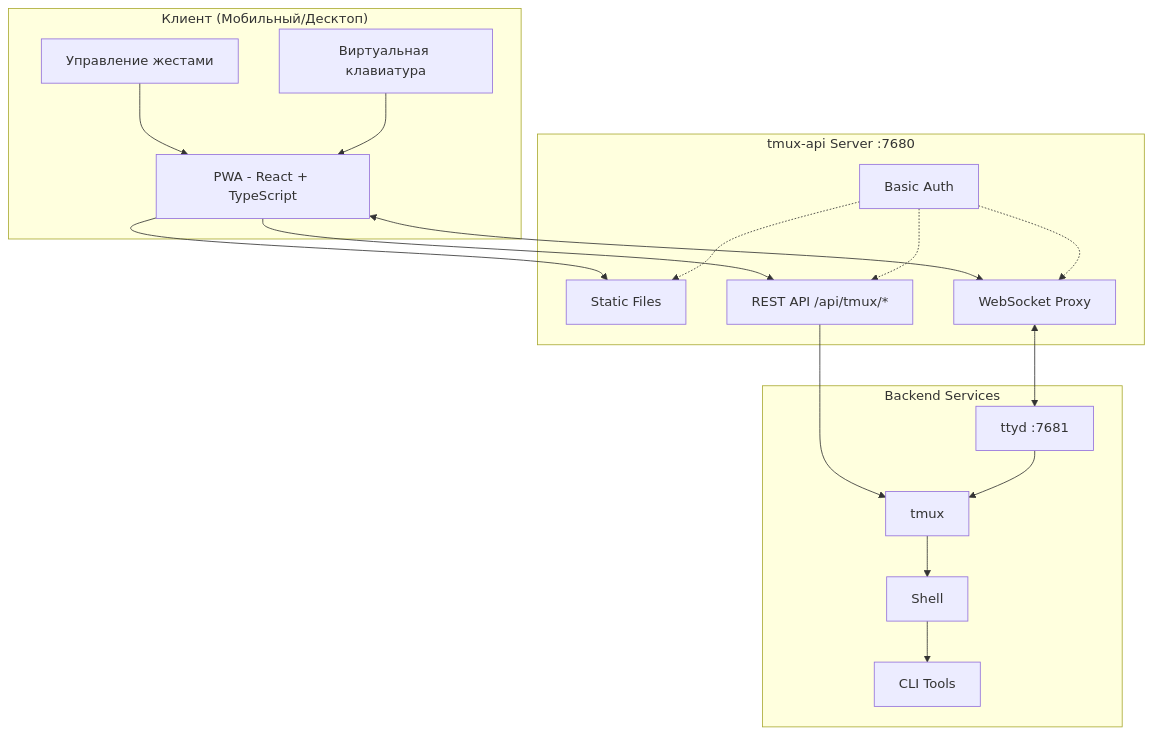
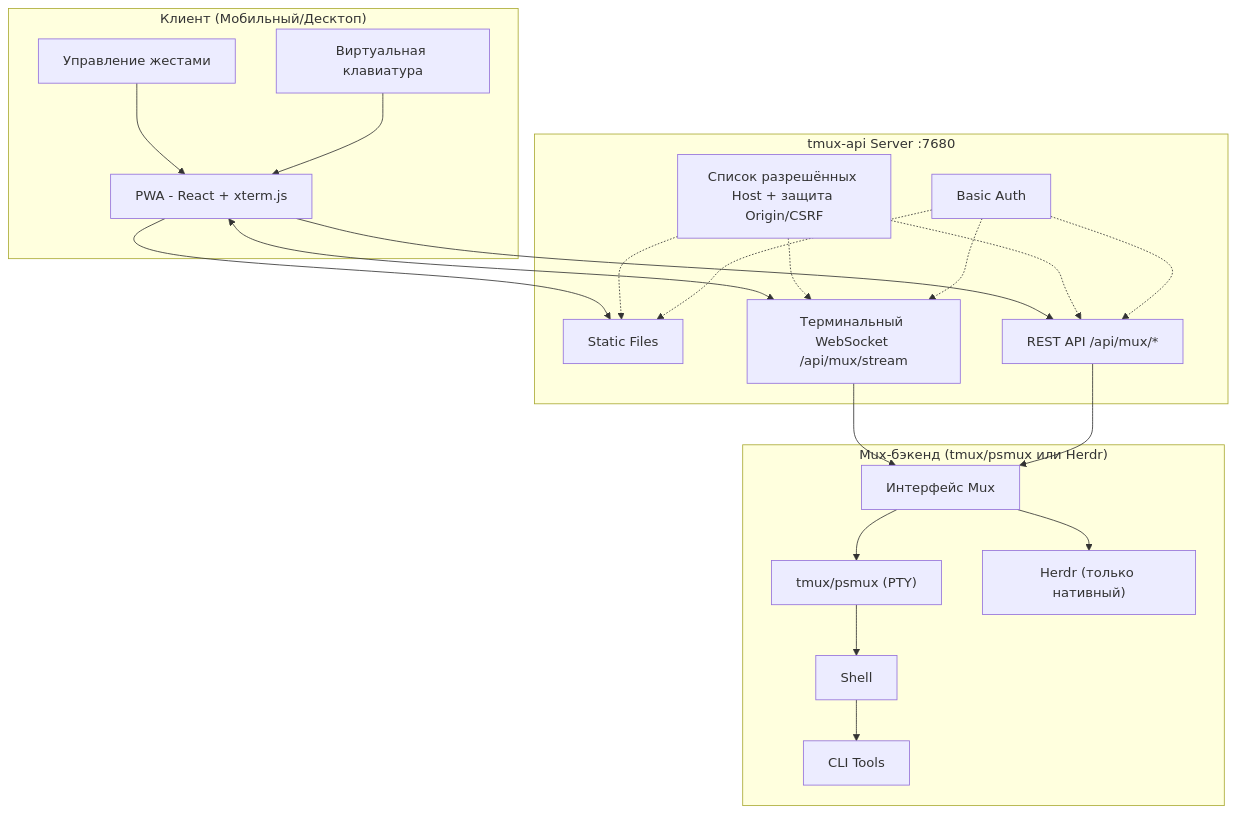
Before and after one commit to lamngockhuong/termote: the first of 2 diagrams in README.ru.md, drawn with Mermaid. The commit also changed other lines of this file and 16 other files, not shown here.

````diff
--- a/README.ru.md
+++ b/README.ru.md
@@ -58,32 +59,36 @@
 ```mermaid
 flowchart TB
     subgraph Client["Клиент (Мобильный/Десктоп)"]
-        PWA["PWA - React + TypeScript"]
+        PWA["PWA - React + xterm.js"]
         Gestures["Управление жестами"]
         Keyboard["Виртуальная клавиатура"]
     end
 
     subgraph Server["tmux-api Server :7680"]
         Static["Static Files"]
-        Proxy["WebSocket Proxy"]
-        API["REST API /api/tmux/*"]
+        Stream["Терминальный WebSocket /api/mux/stream"]
+        API["REST API /api/mux/*"]
+        Guard["Список разрешённых Host + защита Origin/CSRF"]
         Auth["Basic Auth"]
     end
 
-    subgraph Backend["Backend Services"]
-        ttyd["ttyd :7681"]
-        tmux["tmux"]
+    subgraph Backend["Mux-бэкенд (tmux/psmux или Herdr)"]
+        Mux["Интерфейс Mux"]
+        tmux["tmux/psmux (PTY)"]
+        herdr["Herdr (только нативный)"]
         Shell["Shell"]
         Tools["CLI Tools"]
     end
 
     Gestures --> PWA
     Keyboard --> PWA
     PWA --> Static
-    PWA <--> Proxy
+    PWA <--> Stream
     PWA --> API
-    Auth -.-> Static & Proxy & API
-    Proxy <--> ttyd
-    API --> tmux
-    ttyd --> tmux --> Shell --> Tools
+    Guard -.-> Static & Stream & API
+    Auth -.-> Static & Stream & API
+    Stream --> Mux
+    API --> Mux
+    Mux --> tmux & herdr
+    tmux --> Shell --> Tools
 ```
````
